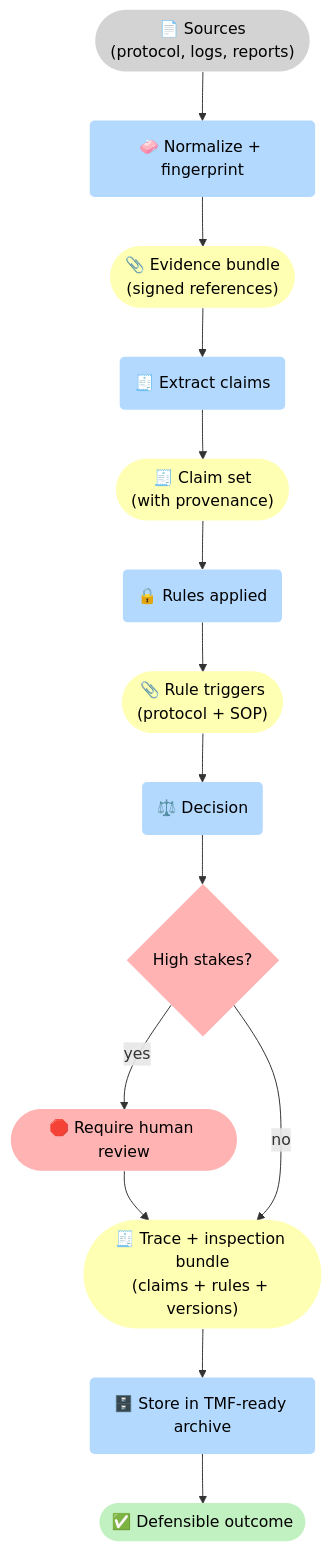
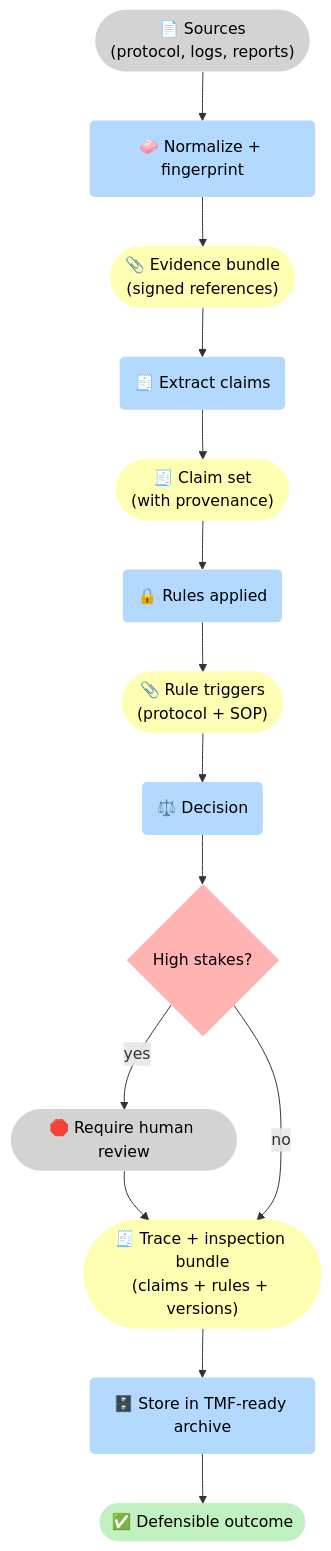
The second of 3 diagrams in docs/case-studies/pharma-clinical-ops.md (5Reasons/5reasons.github.io), drawn with Mermaid before and after one commit. The commit also changed other lines of this file and 14 other files, not shown here.

First line of the commit message:
Refactor diagrams and improve clarity in blog posts and case studies

````diff
--- a/docs/case-studies/pharma-clinical-ops.md
+++ b/docs/case-studies/pharma-clinical-ops.md
@@ -138,32 +138,32 @@
 ```mermaid
 flowchart TB
 %% Styles (brModel Standard)
 classDef i fill:#D3D3D3,stroke-width:0px,color:#000;
 classDef p fill:#B3D9FF,stroke-width:0px,color:#000;
 classDef r fill:#FFFFB3,stroke-width:0px,color:#000;
 classDef o fill:#C1F0C1,stroke-width:0px,color:#000;
 classDef s fill:#FFB3B3,stroke-width:0px,color:#000;
 
 I_S(["📄 Sources<br>(protocol, logs, reports)"]):::i
 P_Fp("🧼 Normalize + fingerprint"):::p
 R_EB(["📎 Evidence bundle<br>(signed references)"]):::r
 
 P_Cl("🧾 Extract claims"):::p
 R_C(["🧾 Claim set<br>(with provenance)"]):::r
 
 P_R("🔒 Rules applied"):::p
 R_R(["📎 Rule triggers<br>(protocol + SOP)"]):::r
 
 P_D("⚖️ Decision"):::p
 G_Rev{"High stakes?"}:::s
-S_Rev(["🛑 Require human review"]):::s
+S_Rev(["🛑 Require human review"]):::i
 
 R_T(["🧾 Trace + inspection bundle<br>(claims + rules + versions)"]):::r
 P_Store("🗄️ Store in TMF-ready archive"):::p
 O_Out(["✅ Defensible outcome"]):::o
 
 I_S --> P_Fp --> R_EB --> P_Cl --> R_C --> P_R --> R_R --> P_D --> G_Rev
 G_Rev -->|"yes"| S_Rev --> R_T
 G_Rev -->|"no"| R_T
 R_T --> P_Store --> O_Out
 ```
````
